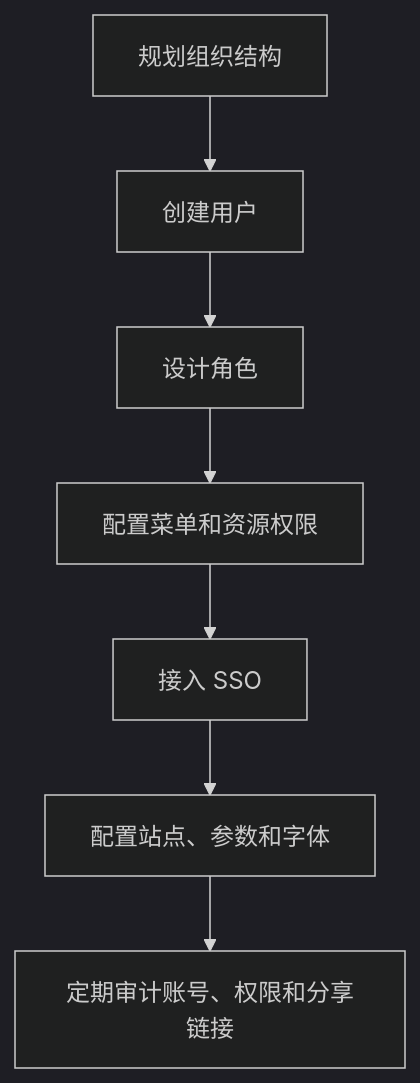
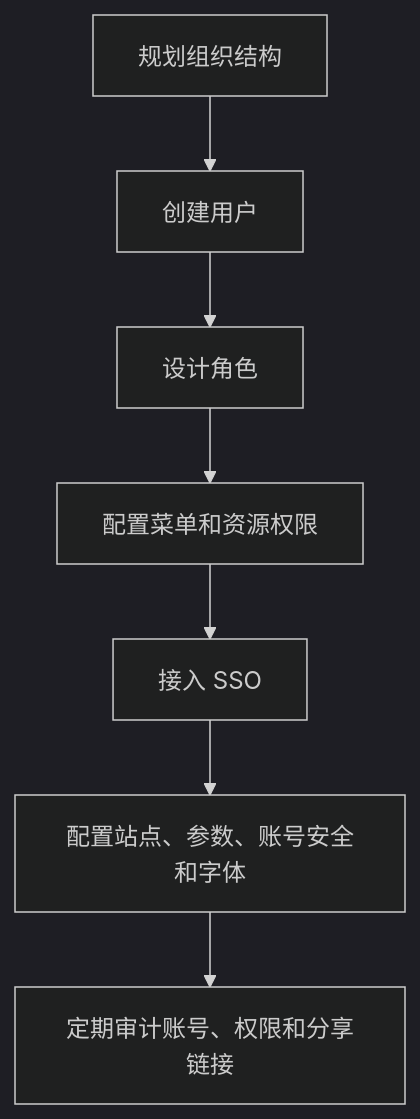
One commit to sevoniva/sevoniva.github.io changed the diagram in content/docs/crest/admin-guide/index.mdx. Above: the diagram before and after it, drawn with Mermaid (dark theme). The commit also changed other lines of this file and 27 other files, not shown here.

````diff
--- a/content/docs/crest/admin-guide/index.mdx
+++ b/content/docs/crest/admin-guide/index.mdx
@@ -26,9 +26,9 @@
 ```mermaid
 flowchart TB
   A["规划组织结构"] --> B["创建用户"]
   B --> C["设计角色"]
   C --> D["配置菜单和资源权限"]
   D --> E["接入 SSO"]
-  E --> F["配置站点、参数和字体"]
+  E --> F["配置站点、参数、账号安全和字体"]
   F --> G["定期审计账号、权限和分享链接"]
 ```
````
